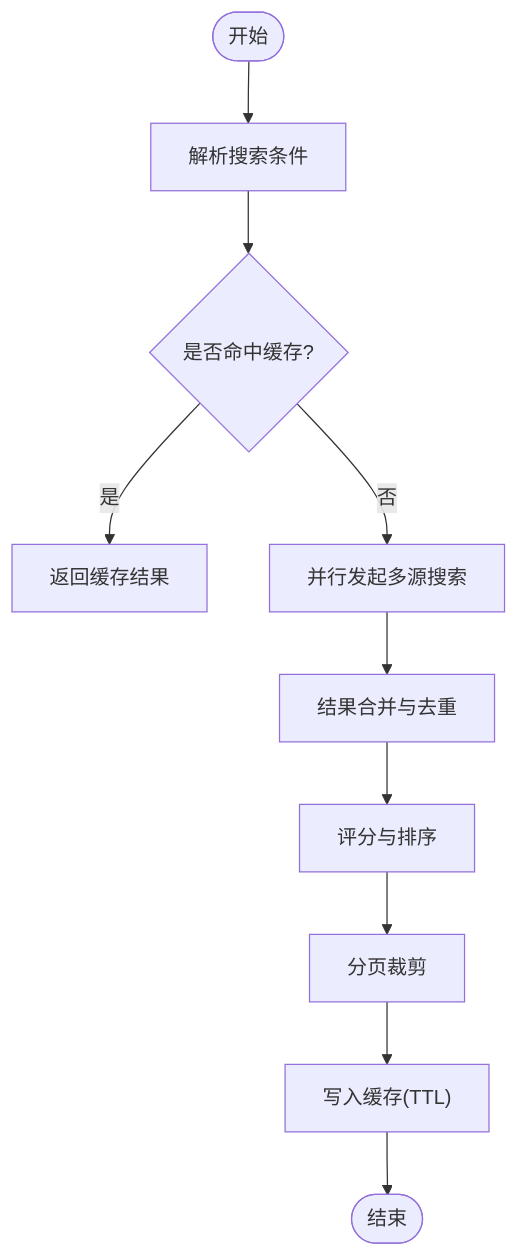
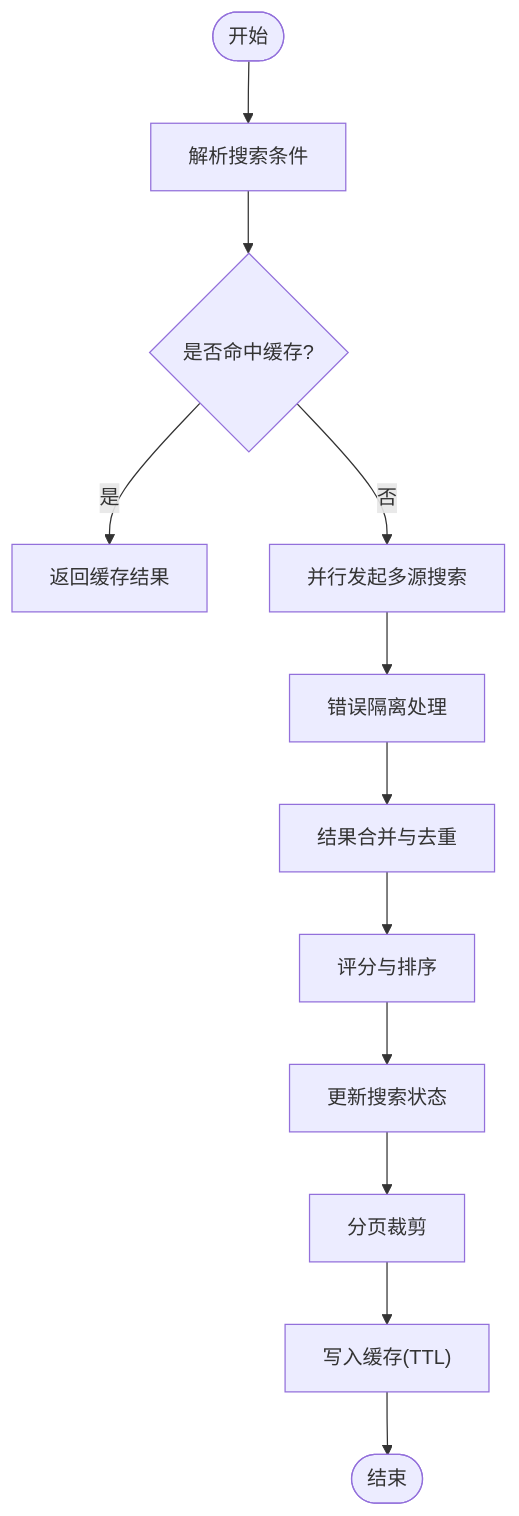
The fourth of 7 diagrams in .qoder/repowiki/zh/content/搜索功能/搜索性能优化.md (ZhangGHGitHub/LegadoTeamFlutter), drawn with Mermaid before and after one commit. The commit also changed other lines of this file and 173 other files, not shown here.

````diff
--- a/.qoder/repowiki/zh/content/搜索功能/搜索性能优化.md
+++ b/.qoder/repowiki/zh/content/搜索功能/搜索性能优化.md
@@ -171,12 +256,14 @@
 ```mermaid
 flowchart TD
 Start(["开始"]) --> Parse["解析搜索条件"]
 Parse --> CheckCache{"是否命中缓存?"}
 CheckCache --> |是| ReturnCache["返回缓存结果"]
 CheckCache --> |否| Parallel["并行发起多源搜索"]
-Parallel --> Merge["结果合并与去重"]
+Parallel --> IsolateErrors["错误隔离处理"]
+IsolateErrors --> Merge["结果合并与去重"]
 Merge --> Rank["评分与排序"]
-Rank --> Slice["分页裁剪"]
+Rank --> UpdateStatus["更新搜索状态"]
+UpdateStatus --> Slice["分页裁剪"]
 Slice --> WriteCache["写入缓存(TTL)"]
 WriteCache --> End(["结束"])
 ```
````
